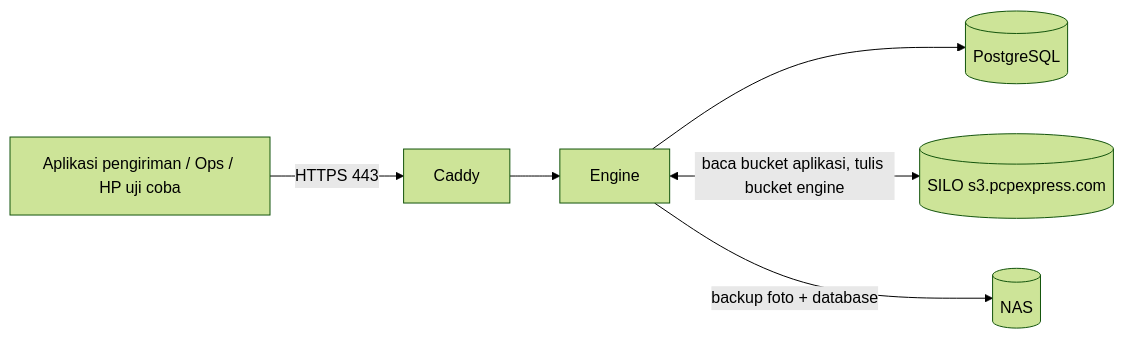
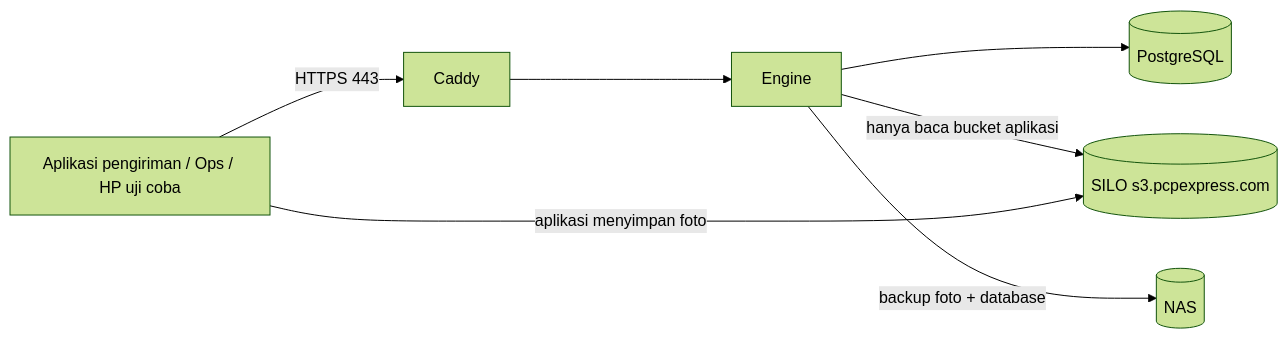
The diagram in docs/deploy-production.md (anas-fikri/ocr-engine), drawn with Mermaid (forest theme) before and after one commit. The commit also changed other lines of this file and 9 other files, not shown here.

````diff
--- a/docs/deploy-production.md
+++ b/docs/deploy-production.md
@@ -9,8 +9,9 @@
 ```mermaid
 flowchart LR
     U[Aplikasi pengiriman / Ops / HP uji coba] -->|HTTPS 443| C[Caddy]
     C --> E[Engine]
     E --> P[(PostgreSQL)]
-    E <-->|baca bucket aplikasi, tulis bucket engine| S[(SILO s3.pcpexpress.com)]
+    E -->|hanya baca bucket aplikasi| S[(SILO s3.pcpexpress.com)]
+    U -->|aplikasi menyimpan foto| S
     E -->|backup foto + database| N[(NAS)]
 ```
````
